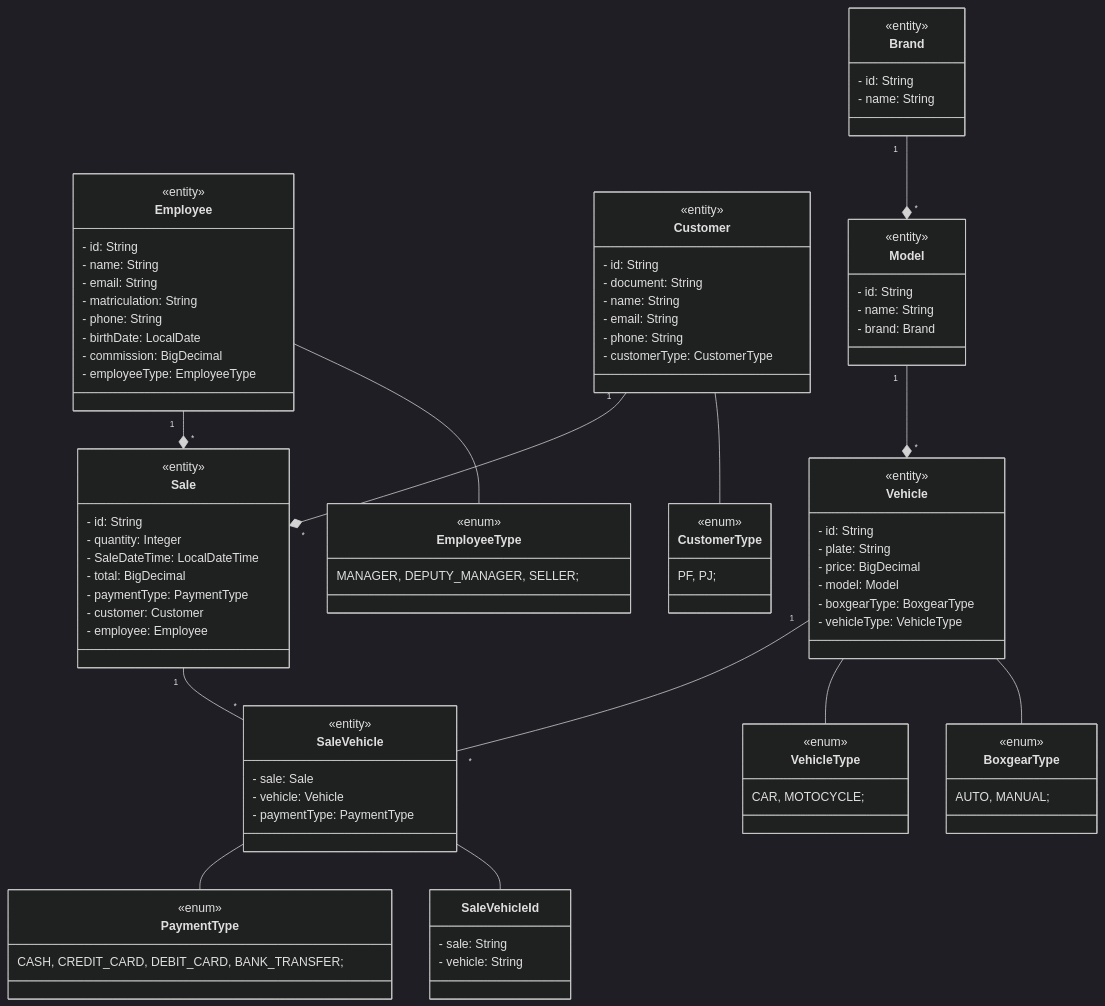
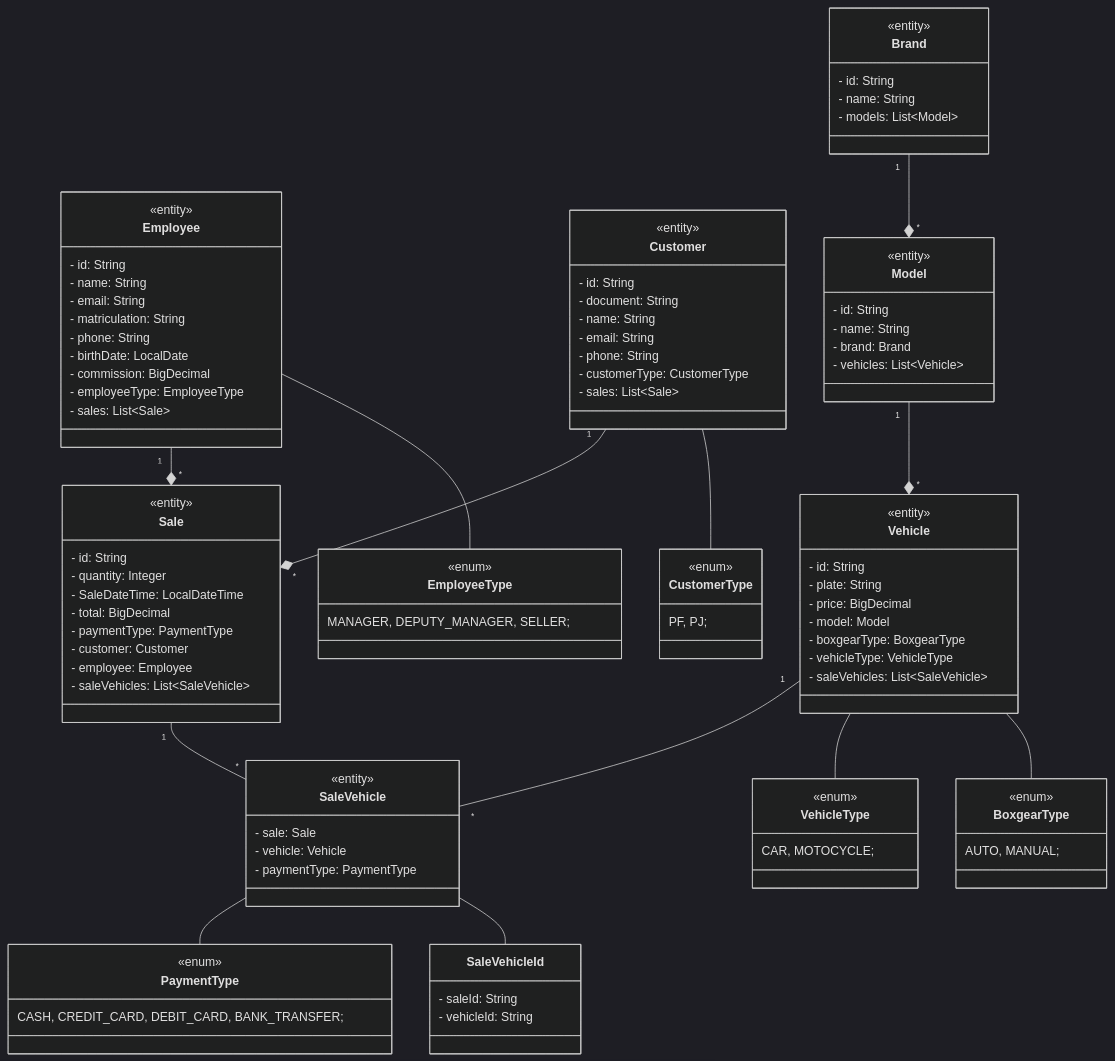
Before and after one commit to abnerjosefelixbarbosa/automendes: the diagram in README.md, drawn with Mermaid (dark theme).

```diff
--- a/README.md
+++ b/README.md
@@ -27,6 +27,7 @@
     - email: String
     - phone: String 
     - customerType: CustomerType
+    - sales: List~Sale~
 }
 
 class Employee {
@@ -39,6 +40,7 @@
     - birthDate: LocalDate
     - commission: BigDecimal
     - employeeType: EmployeeType
+    - sales: List~Sale~
 }
 
 class Sale {
@@ -50,18 +52,19 @@
     - paymentType: PaymentType
     - customer: Customer
     - employee: Employee
+    - saleVehicles: List~SaleVehicle~ 
 }
 
 class SaleVehicle {
     <<entity>>
     - sale: Sale
     - vehicle: Vehicle
-    - paymentType: PaymentType 
+    - paymentType: PaymentType  
 }
 
 class SaleVehicleId {
-    - sale: String
-    - vehicle: String
+    - saleId: String
+    - vehicleId: String
 }
 
 
@@ -73,6 +76,7 @@
     - model: Model
     - boxgearType: BoxgearType
     - vehicleType: VehicleType
+    - saleVehicles: List~SaleVehicle~ 
 }
 
 class Model {
@@ -80,12 +84,14 @@
     - id: String
     - name: String
     - brand: Brand
+    - vehicles: List~Vehicle~
 }
 
 class Brand {
     <<entity>>
     - id: String
     - name: String
+    - models: List~Model~  
 }
 
 class PaymentType {
```
